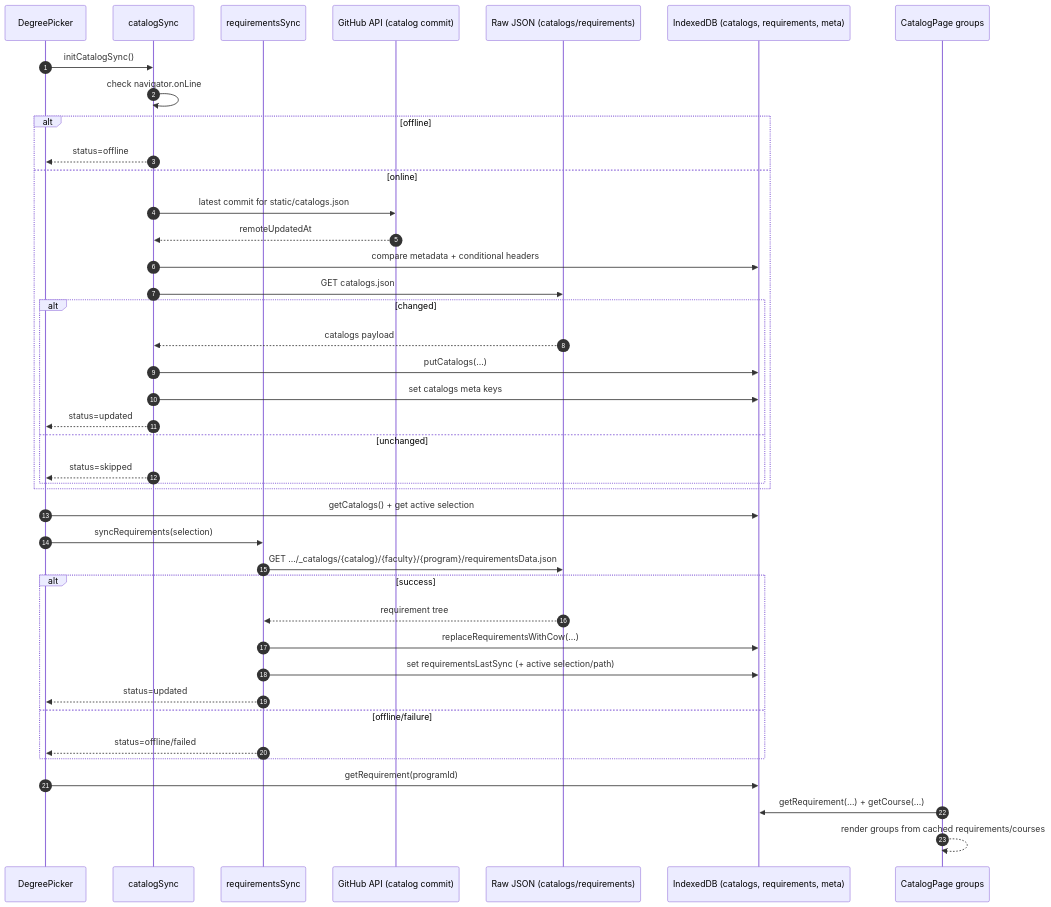
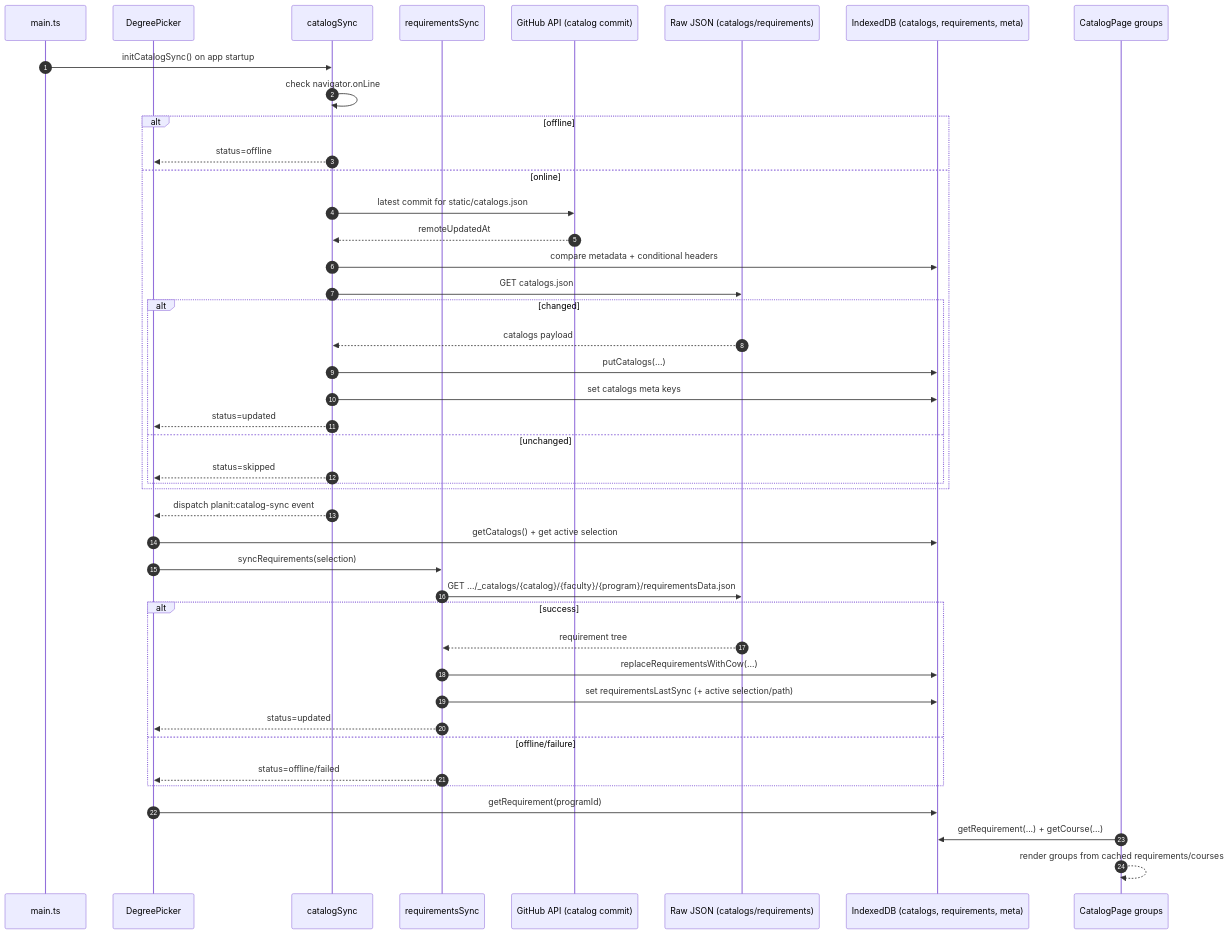
Before and after one commit to selfint/planit: the second of 4 diagrams in DATA_HANDLING.md, drawn with Mermaid. The commit also changed other lines of this file, not shown here.

Commit message:
docs: align data handling flows with global sync bootstrap

````diff
--- a/DATA_HANDLING.md
+++ b/DATA_HANDLING.md
@@ -67,46 +71,48 @@
 ```mermaid
 sequenceDiagram
     autonumber
+    participant App as main.ts
     participant Picker as DegreePicker
     participant CatSync as catalogSync
     participant ReqSync as requirementsSync
     participant GH as GitHub API (catalog commit)
     participant RAW as Raw JSON (catalogs/requirements)
     participant IDB as IndexedDB (catalogs, requirements, meta)
     participant CatalogPage as CatalogPage groups
 
-    Picker->>CatSync: initCatalogSync()
+    App->>CatSync: initCatalogSync() on app startup
     CatSync->>CatSync: check navigator.onLine
     alt offline
         CatSync-->>Picker: status=offline
     else online
         CatSync->>GH: latest commit for static/catalogs.json
         GH-->>CatSync: remoteUpdatedAt
         CatSync->>IDB: compare metadata + conditional headers
         CatSync->>RAW: GET catalogs.json
         alt changed
             RAW-->>CatSync: catalogs payload
             CatSync->>IDB: putCatalogs(...)
             CatSync->>IDB: set catalogs meta keys
             CatSync-->>Picker: status=updated
         else unchanged
             CatSync-->>Picker: status=skipped
         end
     end
 
+    CatSync-->>Picker: dispatch planit:catalog-sync event
     Picker->>IDB: getCatalogs() + get active selection
     Picker->>ReqSync: syncRequirements(selection)
     ReqSync->>RAW: GET .../_catalogs/{catalog}/{faculty}/{program}/requirementsData.json
     alt success
         RAW-->>ReqSync: requirement tree
         ReqSync->>IDB: replaceRequirementsWithCow(...)
         ReqSync->>IDB: set requirementsLastSync (+ active selection/path)
         ReqSync-->>Picker: status=updated
     else offline/failure
         ReqSync-->>Picker: status=offline/failed
     end
 
     Picker->>IDB: getRequirement(programId)
     CatalogPage->>IDB: getRequirement(...) + getCourse(...)
     CatalogPage-->>CatalogPage: render groups from cached requirements/courses
 ```
````
